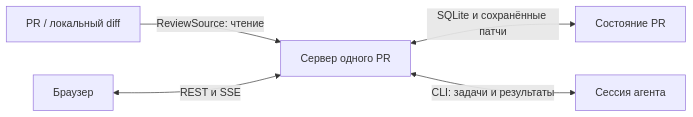
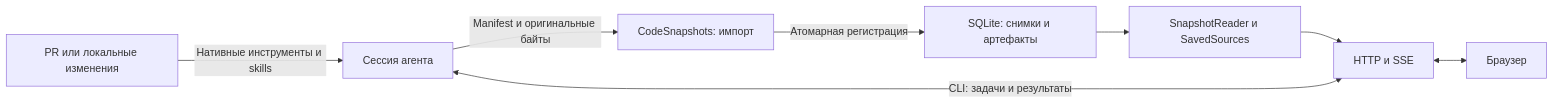
The diagram in docs/architecture.md (Buggytheclown/devflow-diff-explain), drawn with Mermaid before and after one commit. The commit also changed other lines of this file and 217 other files, not shown here.

Commit message:
Import immutable code snapshots and remove PR and VCS adapters

````diff
--- a/docs/architecture.md
+++ b/docs/architecture.md
@@ -23,7 +21,10 @@
 ```mermaid
 flowchart LR
-    Source[PR / локальный diff] -->|ReviewSource: чтение| Server[Сервер одного PR]
-    Server <-->|SQLite и сохранённые патчи| Disk[Состояние PR]
-    UI[Браузер] <-->|REST и SSE| Server
-    Server <-->|CLI: задачи и результаты| Agent[Сессия агента]
+    PR[PR или локальные изменения] -->|Нативные инструменты и skills| Agent[Сессия агента]
+    Agent -->|Manifest и оригинальные байты| Import[CodeSnapshots: импорт]
+    Import -->|Атомарная регистрация| DB[SQLite: снимки и артефакты]
+    DB --> Reader[SnapshotReader и SavedSources]
+    Reader --> Server[HTTP и SSE]
+    Server <--> UI[Браузер]
+    Server <-->|CLI: задачи и результаты| Agent
 ```
````
